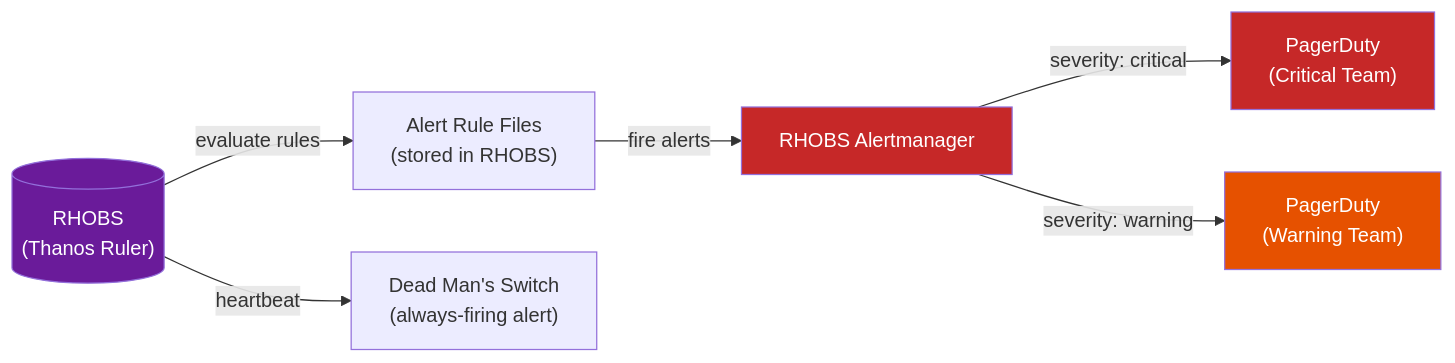
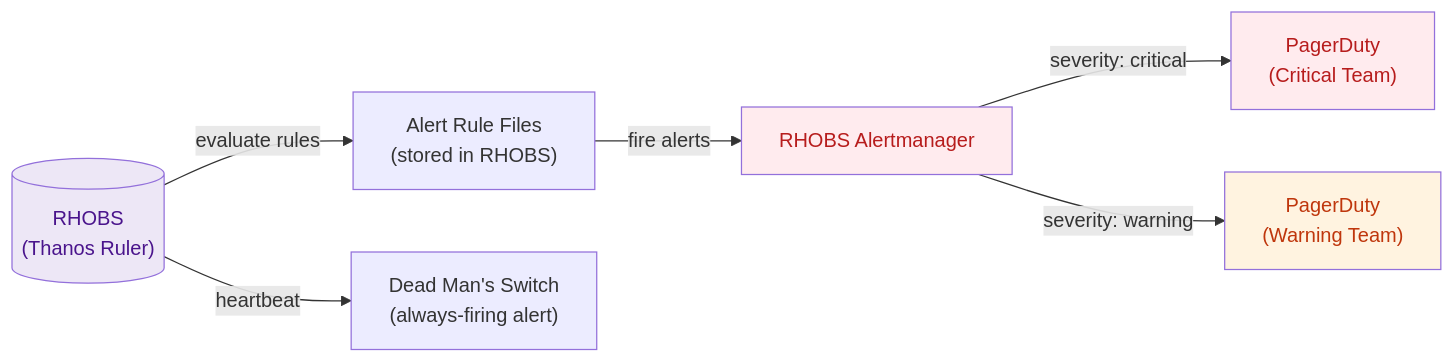
The fourth of 5 diagrams in docs/monitoring.md (mcipamo/hcp-study-guide), drawn with Mermaid before and after one commit. The commit also changed other lines of this file and 61 other files, not shown here.

Commit message:
Fix diagram readability: light backgrounds + dark text; fix logo

````diff
--- a/docs/monitoring.md
+++ b/docs/monitoring.md
@@ -140,20 +140,20 @@
 ```mermaid
 graph LR
     RHOBS[("RHOBS\n(Thanos Ruler)")]
     RULES["Alert Rule Files\n(stored in RHOBS)"]
     AM["RHOBS Alertmanager"]
     PD_HIGH["PagerDuty\n(Critical Team)"]
     PD_LOW["PagerDuty\n(Warning Team)"]
     DEAD["Dead Man's Switch\n(always-firing alert)"]
 
     RHOBS -->|"evaluate rules"| RULES
     RULES -->|"fire alerts"| AM
     AM -->|"severity: critical"| PD_HIGH
     AM -->|"severity: warning"| PD_LOW
     RHOBS -->|"heartbeat"| DEAD
 
-    style RHOBS fill:#6a1b9a,color:#fff
-    style AM fill:#c62828,color:#fff
-    style PD_HIGH fill:#c62828,color:#fff
-    style PD_LOW fill:#e65100,color:#fff
+    style RHOBS fill:#ede7f6,color:#4a148c
+    style AM fill:#ffebee,color:#b71c1c
+    style PD_HIGH fill:#ffebee,color:#b71c1c
+    style PD_LOW fill:#fff3e0,color:#bf360c
 ```
````
